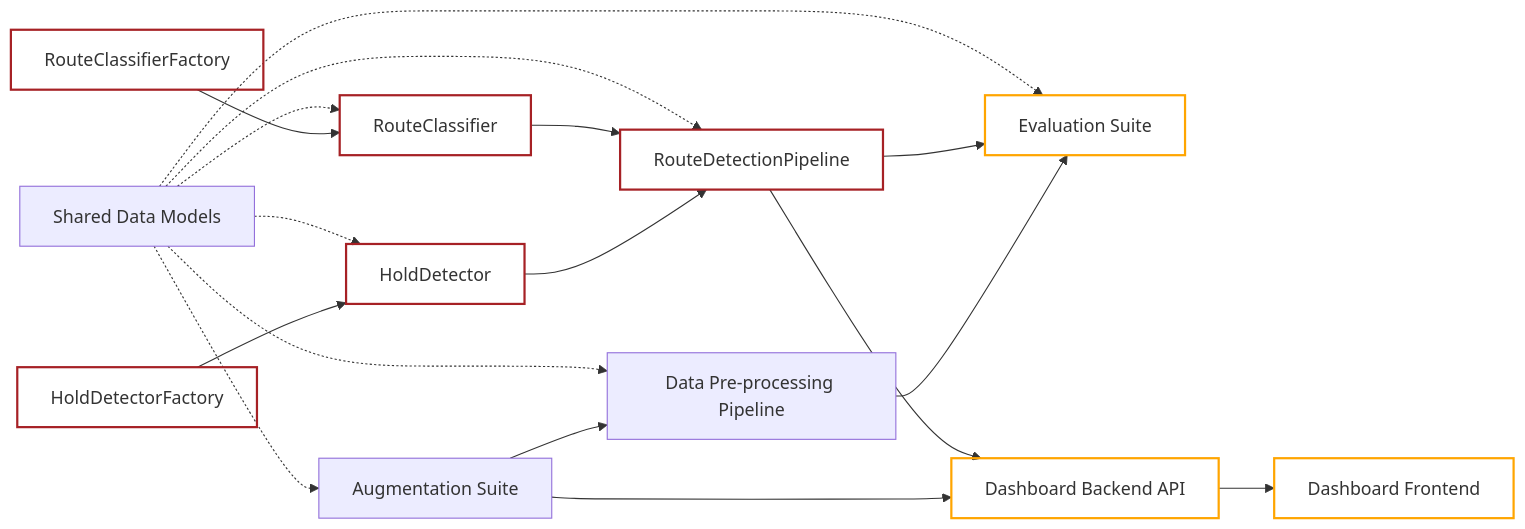
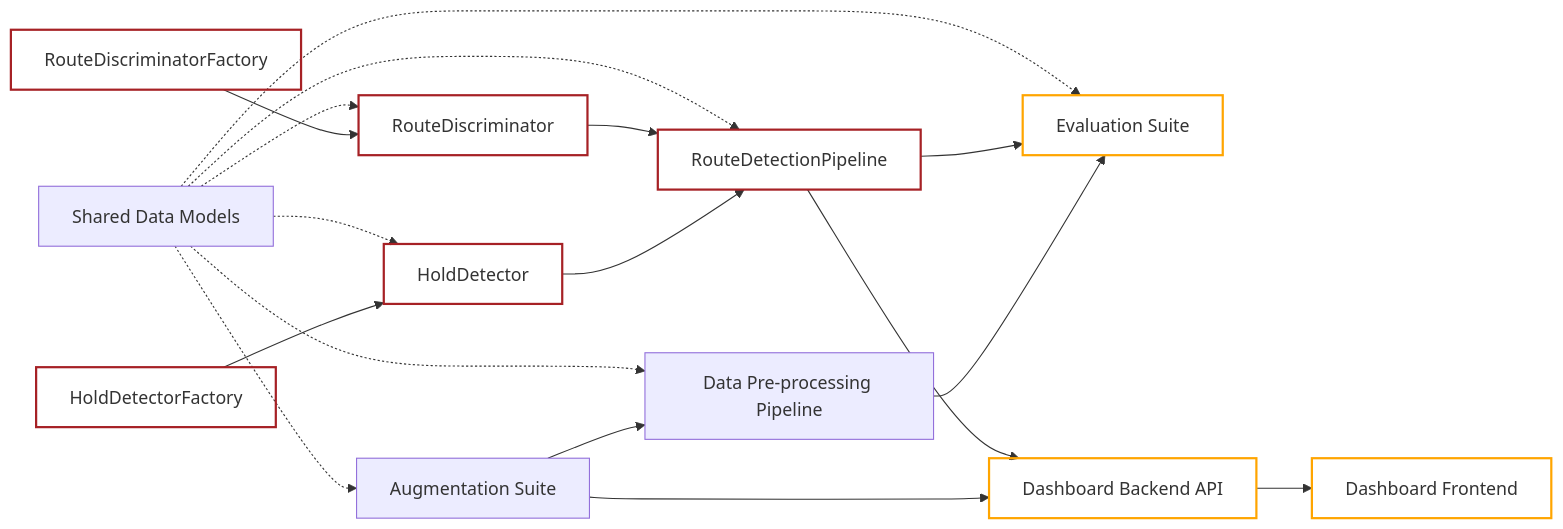
Before and after one commit to mac-edmondson/zero-shot-route-segmentation: the diagram in docs/spec/pipeline/README.md, drawn with Mermaid. The commit also changed other lines of this file and 16 other files, not shown here.

````diff
--- a/docs/spec/pipeline/README.md
+++ b/docs/spec/pipeline/README.md
@@ -17,43 +17,43 @@
 ```mermaid
 flowchart LR
     Aug[Augmentation Suite] --> Prep[Data Pre-processing Pipeline]
     Prep --> Eval[Evaluation Suite]
     Aug --> API
 
     HDF[HoldDetectorFactory] --> HD[HoldDetector]
-    RCF[RouteClassifierFactory] --> RC[RouteClassifier]
+    RCF[RouteDiscriminatorFactory] --> RC[RouteDiscriminator]
     HD --> Pipe[RouteDetectionPipeline]
     RC --> Pipe
     Pipe --> Eval
     Pipe --> API[Dashboard Backend API]
     API --> UI[Dashboard Frontend]
 
     Models[Shared Data Models] -.-> HD
     Models -.-> RC
     Models -.-> Pipe
     Models -.-> Aug
     Models -.-> Prep
     Models -.-> Eval
 
     click Aug "./interfaces/augmentation-suite.md"
     click Models "./interfaces/data-models.md"
     click HD "./interfaces/hold-detector.md"
     click HDF "./interfaces/hold-detector-factory.md"
-    click RC "./interfaces/route-classifier.md"
-    click RCF "./interfaces/route-classifier-factory.md"
+    click RC "./interfaces/route-discriminator.md"
+    click RCF "./interfaces/route-discriminator-factory.md"
     click Pipe "./interfaces/route-detection-pipeline.md"
     click Prep "interfaces/data-preprocessing-pipeline.md"
     click Eval "interfaces/evaluation-suite.md"
     click API "interfaces/dashboard-backend.md"
     click UI "interfaces/dashboard-frontend.md"
 
     style HD fill:transparent,stroke:#a62125,stroke-width:2px
     style HDF fill:transparent,stroke:#a62125,stroke-width:2px
     style RC fill:transparent,stroke:#a62125,stroke-width:2px
     style RCF fill:transparent,stroke:#a62125,stroke-width:2px
     style Pipe fill:transparent,stroke:#a62125,stroke-width:2px
 
     style Eval fill:transparent,stroke:#FFA500,stroke-width:2px
     style API fill:transparent,stroke:#FFA500,stroke-width:2px
     style UI fill:transparent,stroke:#FFA500,stroke-width:2px
 ```
````
